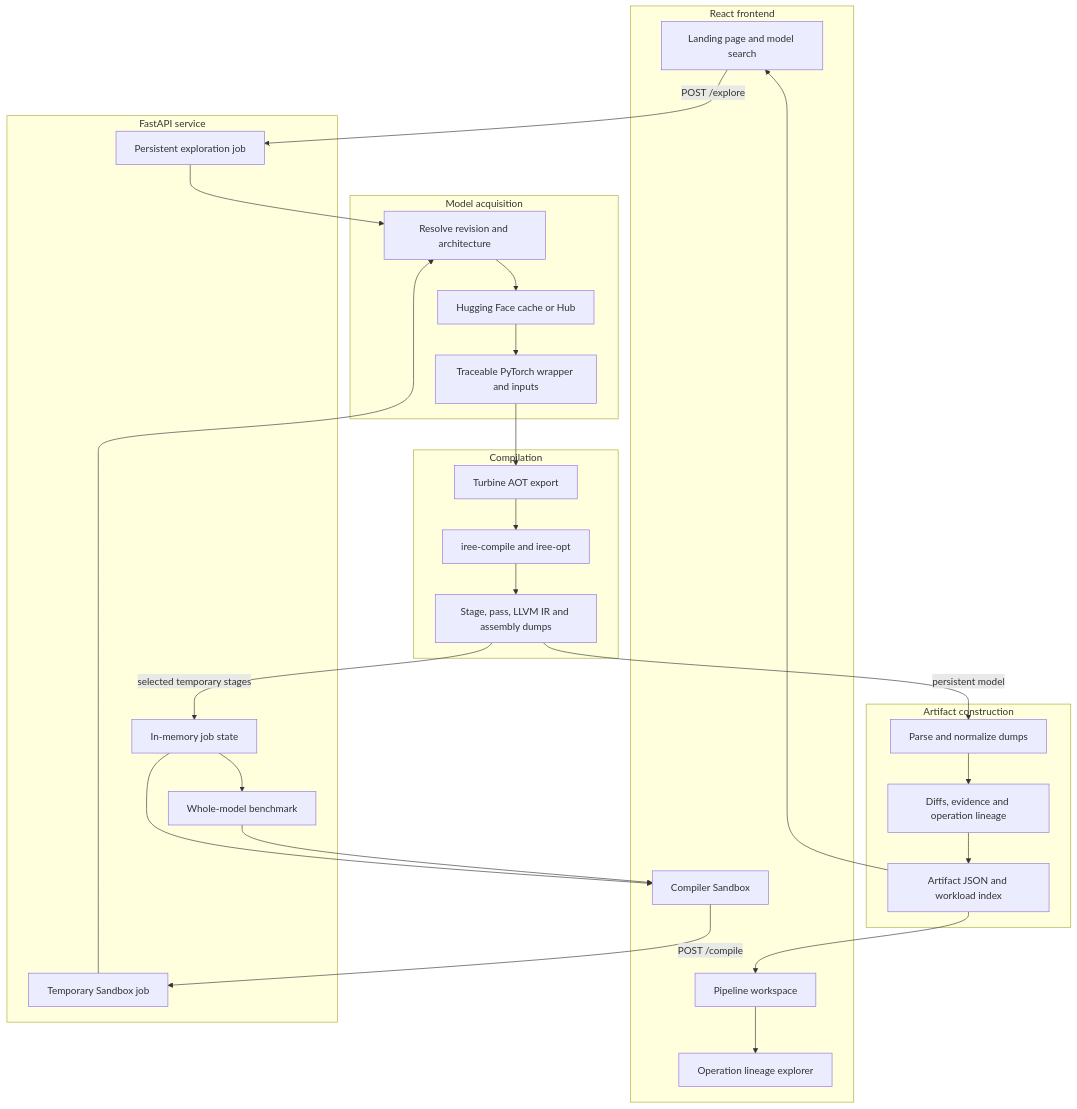
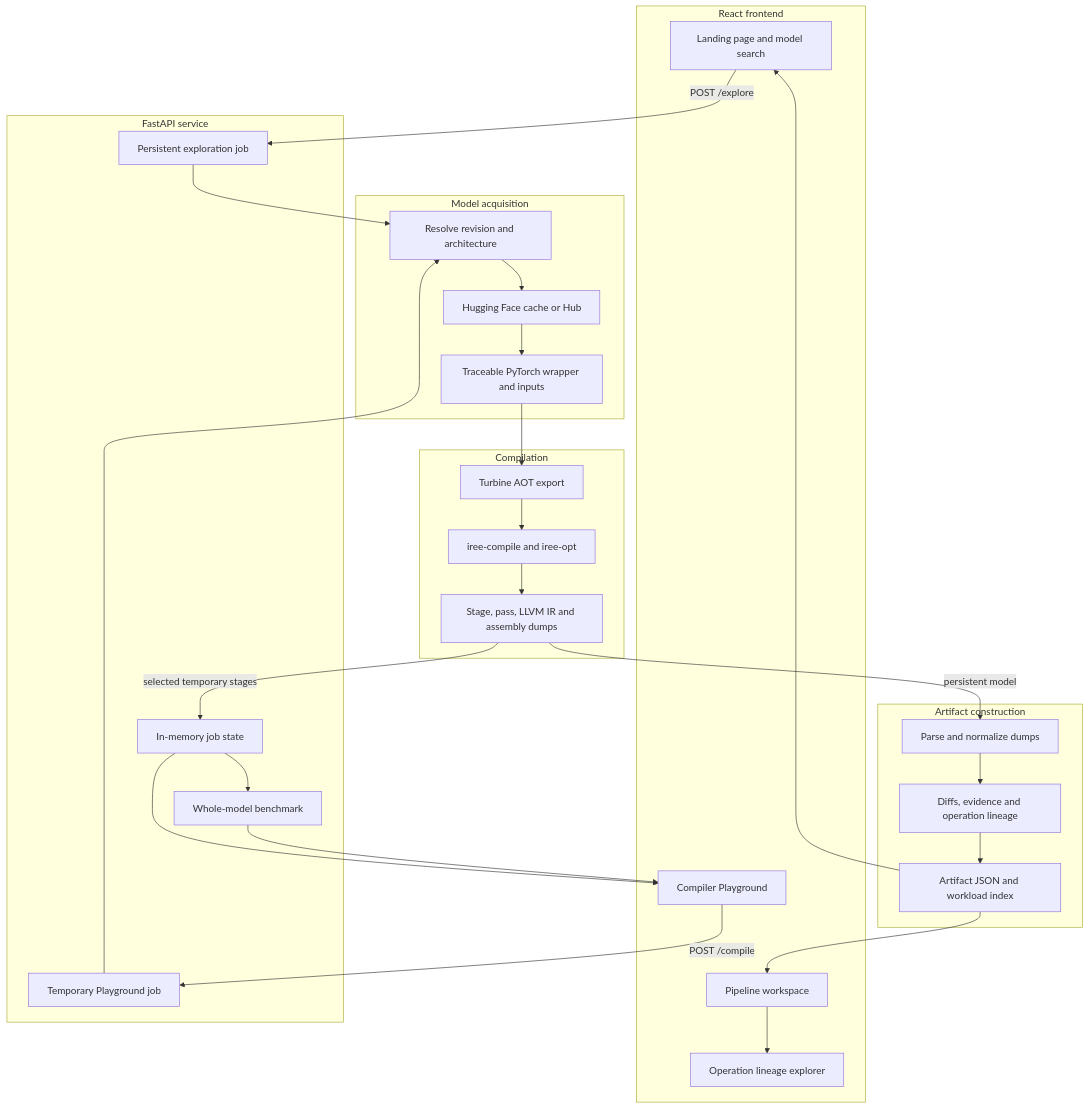
The diagram in README.md (Soumyaworks/CompilerLens), drawn with Mermaid before and after one commit. The commit also changed other lines of this file and 8 other files, not shown here.

````diff
--- a/README.md
+++ b/README.md
@@ -41,47 +41,47 @@
 ```mermaid
 flowchart TB
     subgraph Browser[React frontend]
         Landing[Landing page and model search]
         Workspace[Pipeline workspace]
         Lineage[Operation lineage explorer]
-        Sandbox[Compiler Sandbox]
+        Playground[Compiler Playground]
     end
 
     subgraph Service[FastAPI service]
         ExploreAPI[Persistent exploration job]
-        CompileAPI[Temporary Sandbox job]
+        CompileAPI[Temporary Playground job]
         Jobs[In-memory job state]
         Benchmark[Whole-model benchmark]
     end
 
     subgraph ModelLayer[Model acquisition]
         Detect[Resolve revision and architecture]
         Hub[Hugging Face cache or Hub]
         Wrapper[Traceable PyTorch wrapper and inputs]
     end
 
     subgraph CompilerLayer[Compilation]
         Export[Turbine AOT export]
         IREE[iree-compile and iree-opt]
         Dumps[Stage, pass, LLVM IR and assembly dumps]
     end
 
     subgraph ArtifactLayer[Artifact construction]
         Ingest[Parse and normalize dumps]
         Analysis[Diffs, evidence and operation lineage]
         Artifacts[Artifact JSON and workload index]
     end
 
     Landing -->|POST /explore| ExploreAPI
-    Sandbox -->|POST /compile| CompileAPI
+    Playground -->|POST /compile| CompileAPI
     ExploreAPI --> Detect
     CompileAPI --> Detect
     Detect --> Hub --> Wrapper --> Export --> IREE --> Dumps
 
     Dumps -->|persistent model| Ingest --> Analysis --> Artifacts
     Artifacts --> Landing
     Artifacts --> Workspace --> Lineage
 
-    Dumps -->|selected temporary stages| Jobs --> Sandbox
-    Jobs --> Benchmark --> Sandbox
+    Dumps -->|selected temporary stages| Jobs --> Playground
+    Jobs --> Benchmark --> Playground
 ```
````
